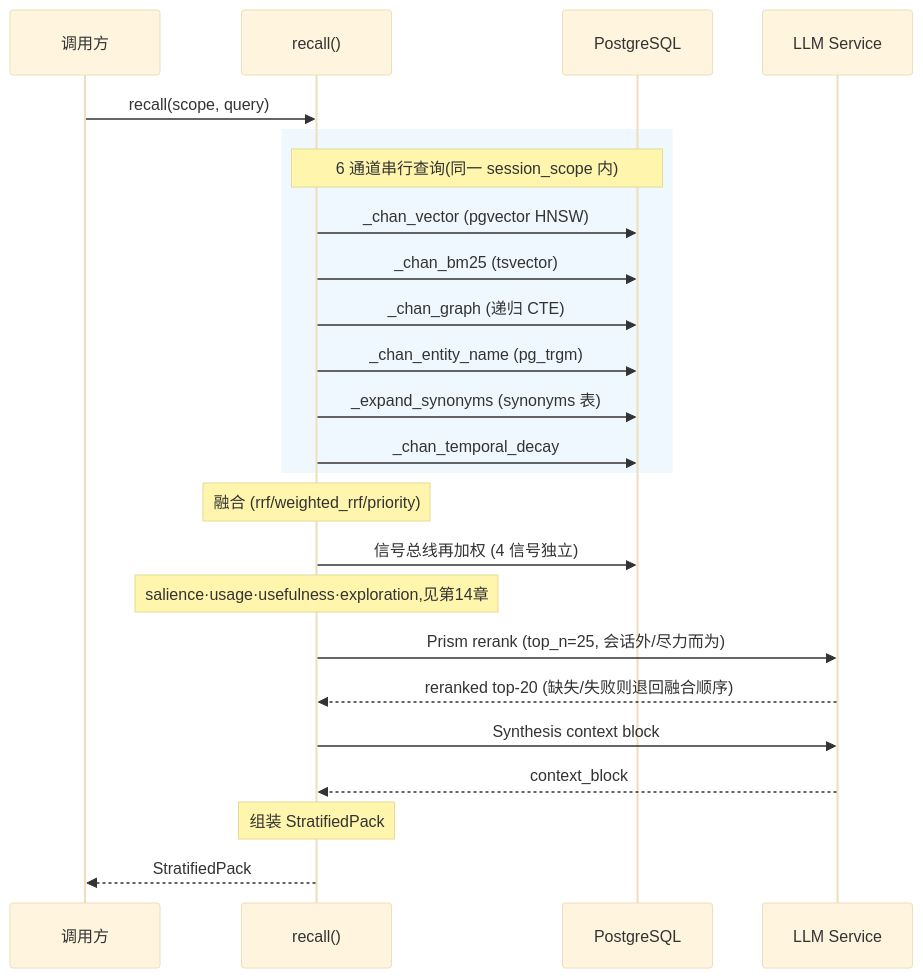
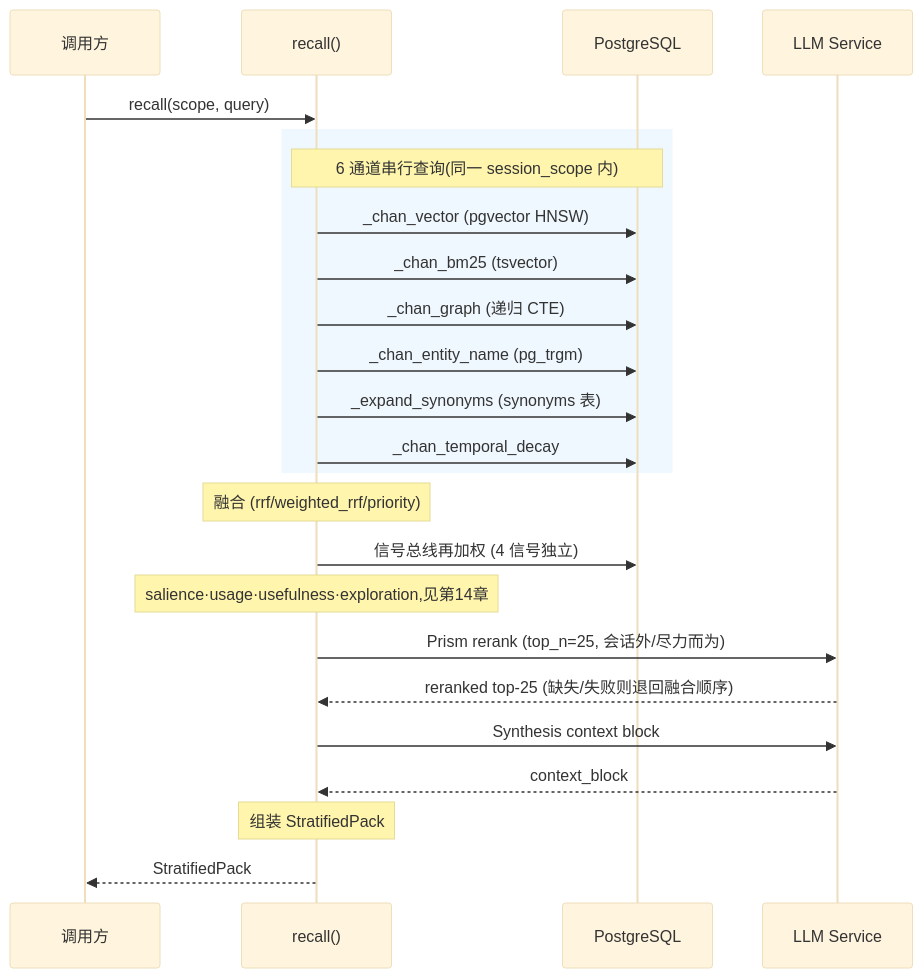
Before and after one commit to pty819/cortex-py-book: the second of 2 diagrams in source/chapters/16-rrf-fusion.md, drawn with Mermaid (base theme). The commit also changed other lines of this file and 23 other files, not shown here.

````diff
--- a/source/chapters/16-rrf-fusion.md
+++ b/source/chapters/16-rrf-fusion.md
@@ -182,34 +182,34 @@
 ```{mermaid}
 sequenceDiagram
     participant C as 调用方
     participant R as recall()
     participant DB as PostgreSQL
     participant LLM as LLM Service
     
     C->>R: recall(scope, query)
     
     rect rgb(240,248,255)
         Note over R,DB: 6 通道串行查询(同一 session_scope 内)
         R->>DB: _chan_vector (pgvector HNSW)
         R->>DB: _chan_bm25 (tsvector)
         R->>DB: _chan_graph (递归 CTE)
         R->>DB: _chan_entity_name (pg_trgm)
         R->>DB: _expand_synonyms (synonyms 表)
         R->>DB: _chan_temporal_decay
     end
     
     Note over R: 融合 (rrf/weighted_rrf/priority)
 
     R->>DB: 信号总线再加权 (4 信号独立)
     Note over R: salience·usage·usefulness·exploration,见第14章
 
     R->>LLM: Prism rerank (top_n=25, 会话外/尽力而为)
-    LLM-->>R: reranked top-20 (缺失/失败则退回融合顺序)
+    LLM-->>R: reranked top-25 (缺失/失败则退回融合顺序)
     
     R->>LLM: Synthesis context block
     LLM-->>R: context_block
     
     Note over R: 组装 StratifiedPack
     
     R-->>C: StratifiedPack
 ```
````
